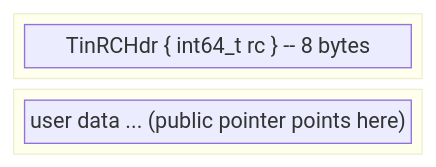
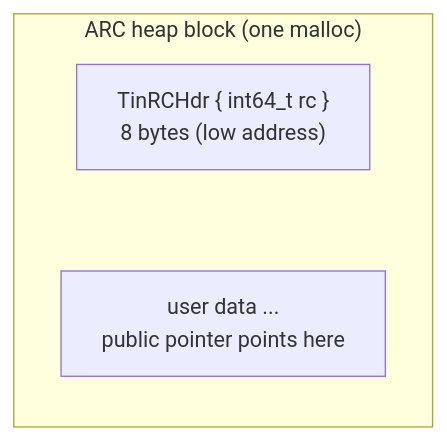
The diagram in docs/internals/memory.md (Azer0s/tin), drawn with Mermaid before and after one commit. The commit also changed 1 other file, not shown here.

Commit message:
docs(internals): fix mermaid layout for ARC block diagrams

````diff
--- a/docs/internals/memory.md
+++ b/docs/internals/memory.md
@@ -24,10 +24,9 @@
 ```mermaid
-block-beta
-  columns 1
-  block:hdr
-    rc["TinRCHdr { int64_t rc } -- 8 bytes"]
-  end
-  block:data
-    user["user data ... (public pointer points here)"]
+flowchart TB
+  subgraph block["ARC heap block (one malloc)"]
+    direction TB
+    hdr["TinRCHdr { int64_t rc }<br/>8 bytes (low address)"]
+    data["user data ...<br/>public pointer points here"]
+    hdr ~~~ data
   end
 ```
````
